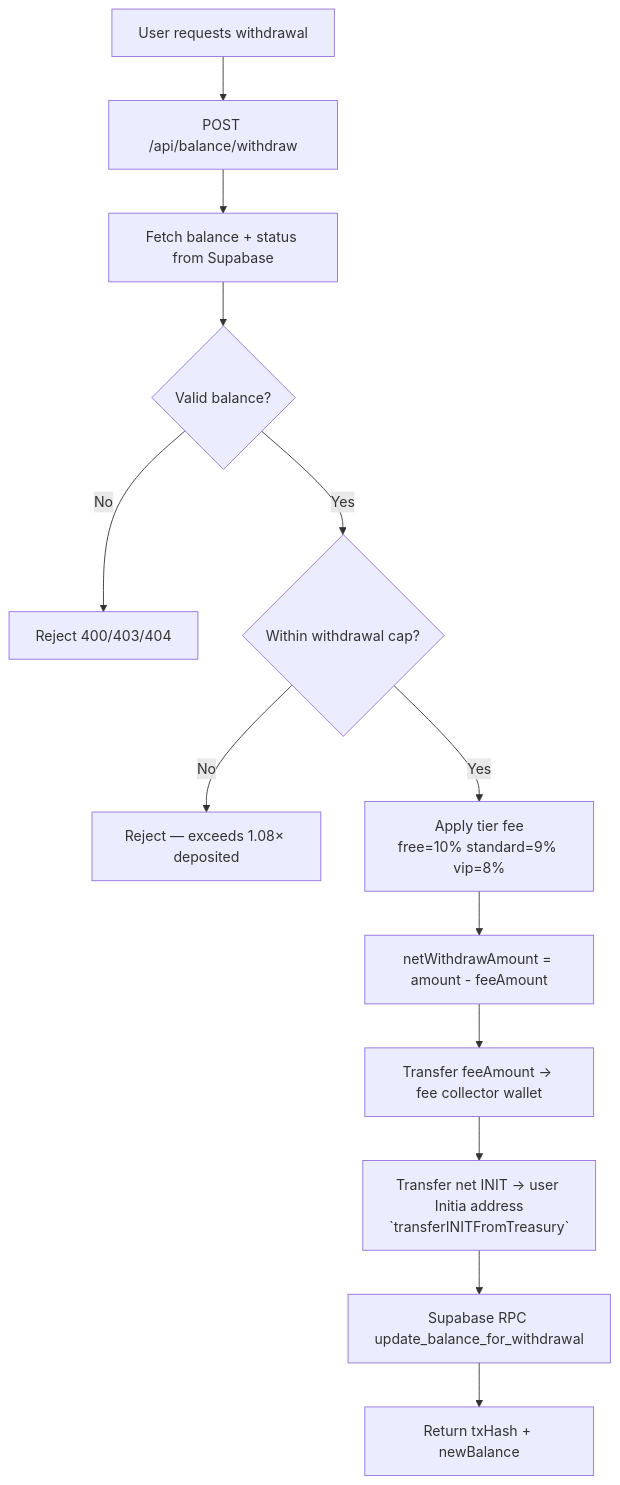
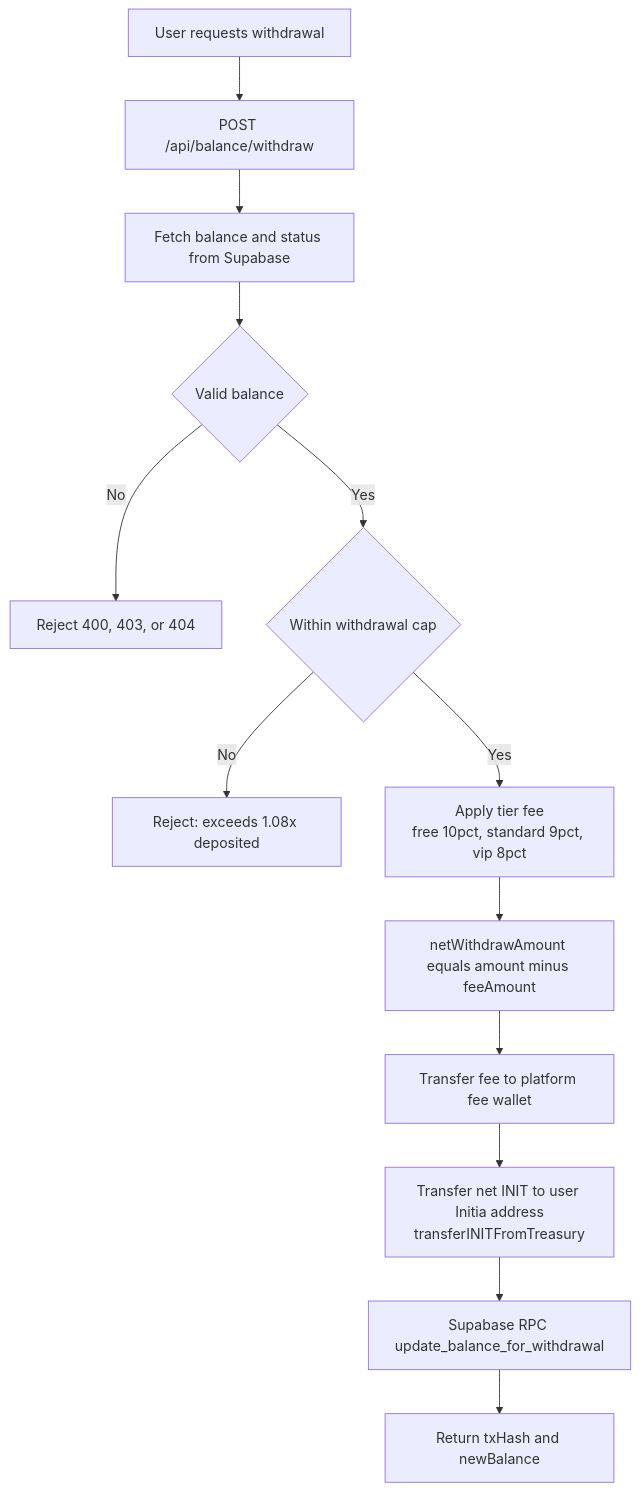
The third of 4 diagrams in README.md (0xamaan-dev/Initnomo), drawn with Mermaid before and after one commit. The commit also changed other lines of this file, not shown here.

Commit message:
mermaid arch issue resolved

````diff
--- a/README.md
+++ b/README.md
@@ -432,15 +432,15 @@
 ```mermaid
 flowchart TD
-  U[User requests withdrawal] --> W[POST /api/balance/withdraw]
-  W --> V[Fetch balance + status from Supabase]
-  V --> X{Valid balance?}
-  X -- No --> Y[Reject 400/403/404]
-  X -- Yes --> CAP{Within withdrawal cap?}
-  CAP -- No --> CAPERR[Reject — exceeds 1.08× deposited]
-  CAP -- Yes --> Z[Apply tier fee\nfree=10% standard=9% vip=8%]
-  Z --> T[netWithdrawAmount = amount - feeAmount]
-  T --> FEE[Transfer feeAmount → fee collector wallet]
-  FEE --> S[Transfer net INIT → user Initia address\n`transferINITFromTreasury`]
-  S --> R[Supabase RPC update_balance_for_withdrawal]
-  R --> OK[Return txHash + newBalance]
+  U["User requests withdrawal"] --> W["POST /api/balance/withdraw"]
+  W --> V["Fetch balance and status from Supabase"]
+  V --> X{Valid balance}
+  X -- No --> Y["Reject 400, 403, or 404"]
+  X -- Yes --> CAP{Within withdrawal cap}
+  CAP -- No --> CAPERR["Reject: exceeds 1.08x deposited"]
+  CAP -- Yes --> Z["Apply tier fee\nfree 10pct, standard 9pct, vip 8pct"]
+  Z --> T["netWithdrawAmount equals amount minus feeAmount"]
+  T --> FEE["Transfer fee to platform fee wallet"]
+  FEE --> S["Transfer net INIT to user Initia address\ntransferINITFromTreasury"]
+  S --> R["Supabase RPC update_balance_for_withdrawal"]
+  R --> OK["Return txHash and newBalance"]
 ```
````
